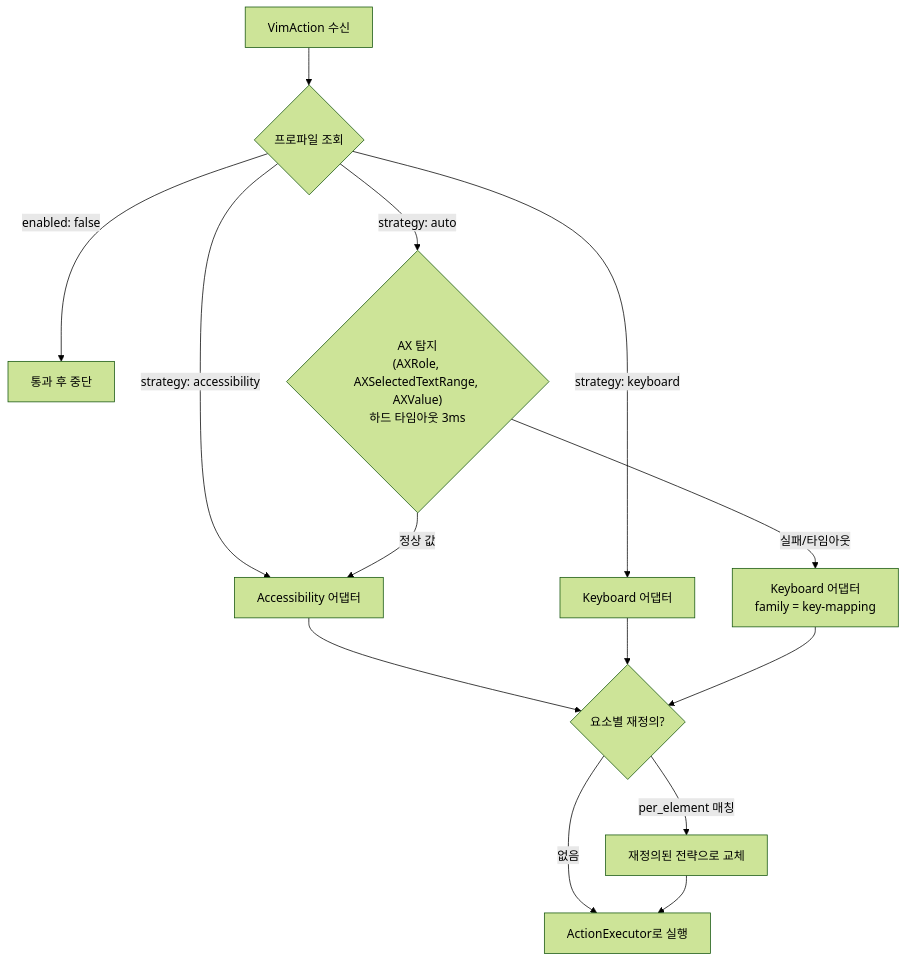
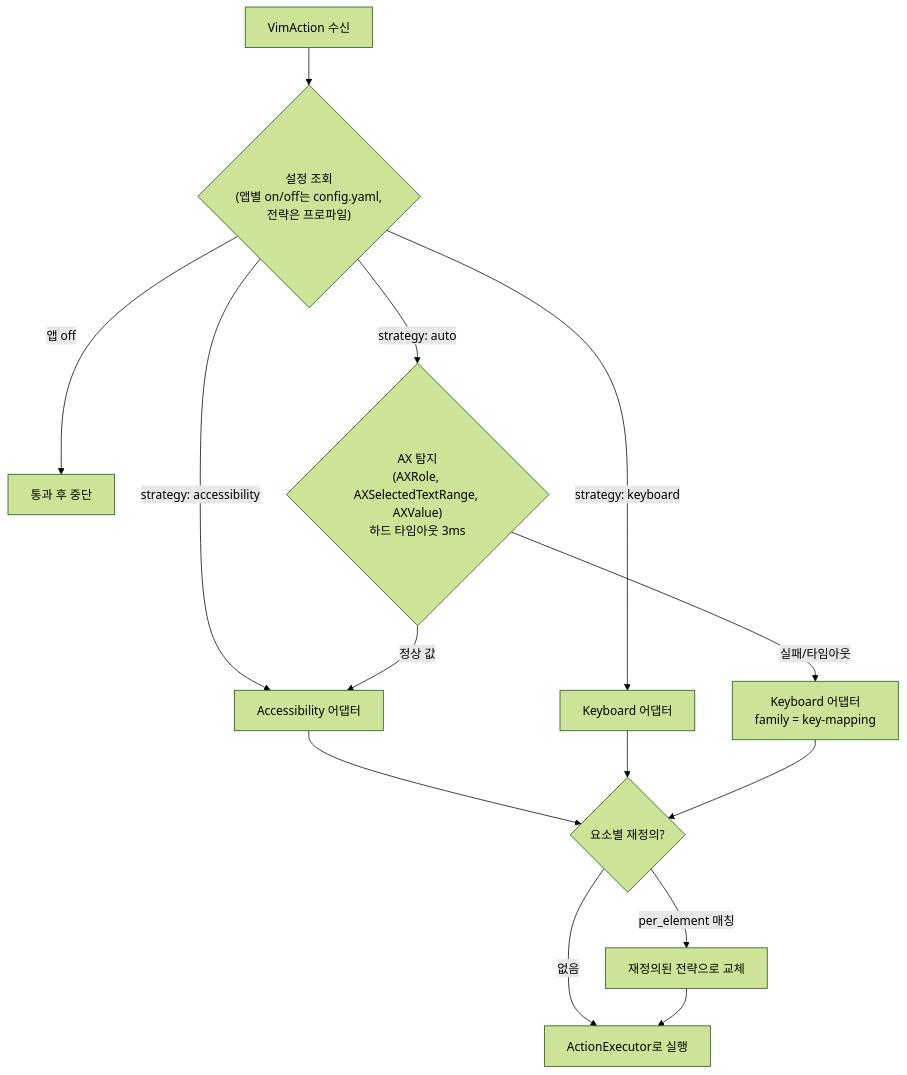
One commit to pilyang/vim-action changed the diagram in .claude/skills/architecture/references/strategy-dispatch.md. Above: the diagram before and after it, drawn with Mermaid (forest theme). The commit also changed other lines of this file and 9 other files, not shown here.

First line of the commit message:
docs(decisions): 설정 루트 ~/.config 이동 + 앱별 on/off YAML 단일 소유 결정 기록

````diff
--- a/.claude/skills/architecture/references/strategy-dispatch.md
+++ b/.claude/skills/architecture/references/strategy-dispatch.md
@@ -15,16 +15,16 @@
 ```mermaid
 flowchart TD
-    VA[VimAction 수신] --> P{프로파일 조회}
-    P -->|"enabled: false"| Pass[통과 후 중단]
+    VA[VimAction 수신] --> P{"설정 조회<br/>(앱별 on/off는 config.yaml,<br/>전략은 프로파일)"}
+    P -->|"앱 off"| Pass[통과 후 중단]
     P -->|"strategy: accessibility"| AX[Accessibility 어댑터]
     P -->|"strategy: keyboard"| KB[Keyboard 어댑터]
     P -->|"strategy: auto"| Probe{"AX 탐지<br/>(AXRole, AXSelectedTextRange, AXValue)<br/>하드 타임아웃 3ms"}
     Probe -->|정상 값| AX
     Probe -->|실패/타임아웃| KM["Keyboard 어댑터<br/>family = key-mapping"]
     AX --> Override{요소별 재정의?}
     KB --> Override
     KM --> Override
     Override -->|"per_element 매칭"| Re[재정의된 전략으로 교체]
     Override -->|없음| Exec[ActionExecutor로 실행]
     Re --> Exec
 ```
````
